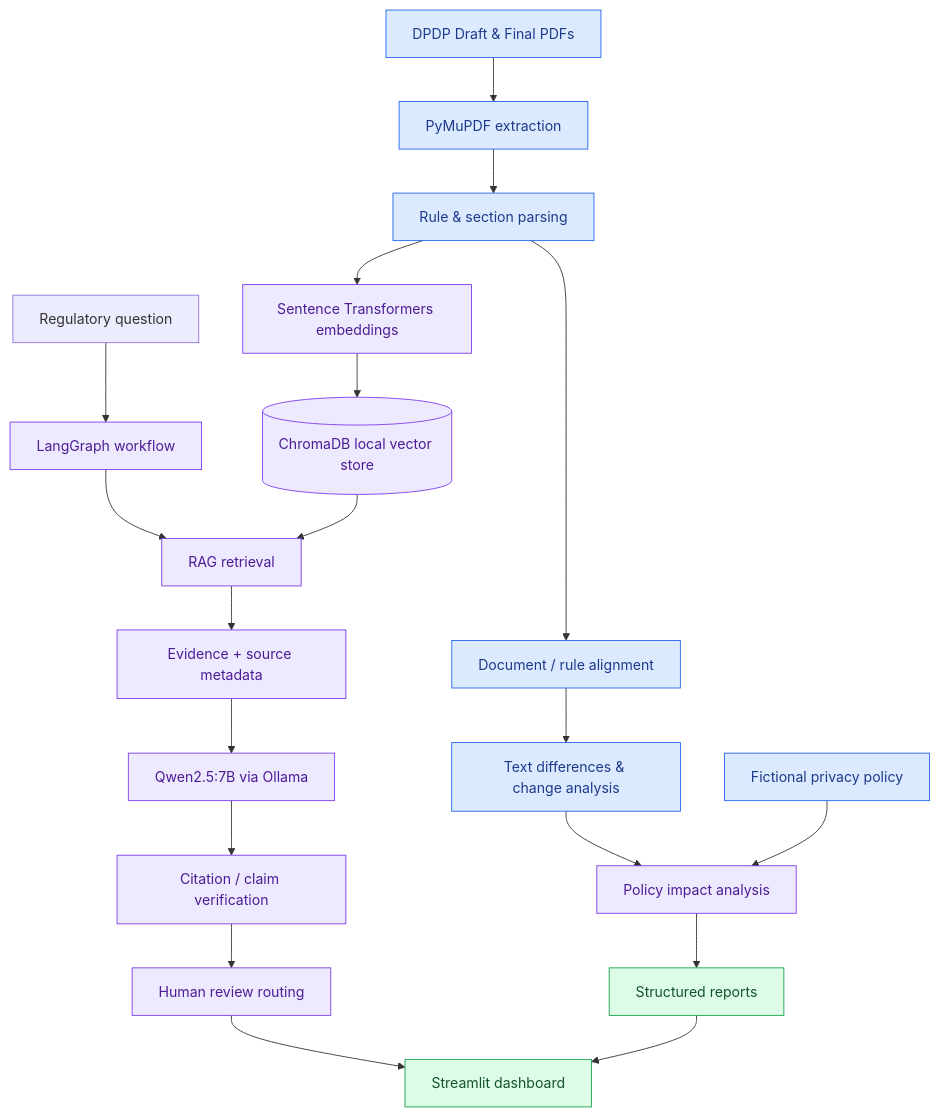
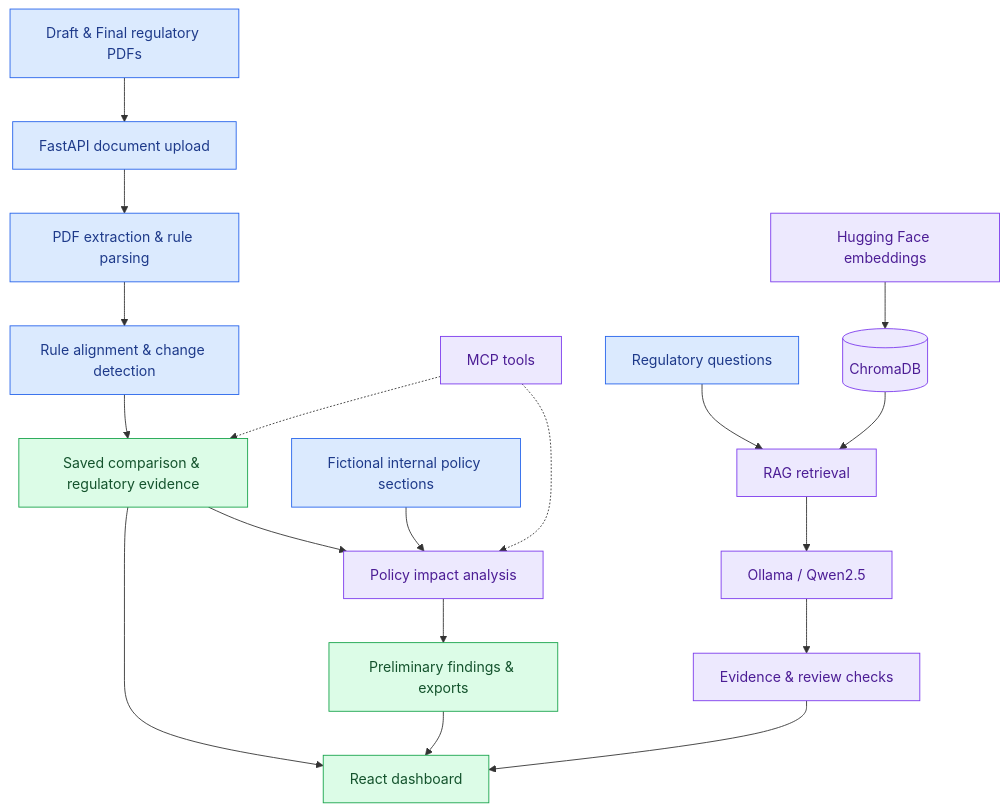
One commit to ameerykb/Regulatory-AI-Intelligence changed the diagram in README.md. Above: the diagram before and after it, drawn with Mermaid. The commit also changed other lines of this file, not shown here.

````diff
--- a/README.md
+++ b/README.md
@@ -67,27 +64,26 @@
 ```mermaid
 flowchart TD
-    A[DPDP Draft & Final PDFs] --> B[PyMuPDF extraction]
-    B --> C[Rule & section parsing]
-    C --> D[Document / rule alignment]
-    D --> E[Text differences & change analysis]
-    C --> F[Sentence Transformers embeddings]
-    F --> G[(ChromaDB local vector store)]
-    Q[Regulatory question] --> H[LangGraph workflow]
-    H --> I[RAG retrieval]
-    G --> I
-    I --> J[Evidence + source metadata]
-    J --> K[Qwen2.5:7B via Ollama]
-    K --> L[Citation / claim verification]
-    L --> M[Human review routing]
-    E --> N[Policy impact analysis]
-    P[Fictional privacy policy] --> N
-    N --> O[Structured reports]
-    M --> R[Streamlit dashboard]
-    O --> R
-    classDef docs fill:#dbeafe,stroke:#2563eb,color:#1e3a8a;
+    A[Draft & Final regulatory PDFs] --> B[FastAPI document upload]
+    B --> C[PDF extraction & rule parsing]
+    C --> D[Rule alignment & change detection]
+    D --> E[Saved comparison & regulatory evidence]
+    E --> F[Policy impact analysis]
+    P[Fictional internal policy sections] --> F
+    F --> G[Preliminary findings & exports]
+    H[Regulatory questions] --> I[RAG retrieval]
+    J[Hugging Face embeddings] --> K[(ChromaDB)]
+    K --> I
+    I --> L[Ollama / Qwen2.5]
+    L --> M[Evidence & review checks]
+    E --> N[React dashboard]
+    G --> N
+    M --> N
+    O[MCP tools] -.-> E
+    O -.-> F
+    classDef doc fill:#dbeafe,stroke:#2563eb,color:#1e3a8a;
     classDef ai fill:#ede9fe,stroke:#7c3aed,color:#4c1d95;
-    classDef output fill:#dcfce7,stroke:#16a34a,color:#14532d;
-    class A,B,C,D,E,P docs;
-    class F,G,H,I,J,K,L,M,N ai;
-    class O,R output;
+    classDef result fill:#dcfce7,stroke:#16a34a,color:#14532d;
+    class A,B,C,D,P,H doc;
+    class F,I,J,K,L,M,O ai;
+    class E,G,N result;
 ```
````
